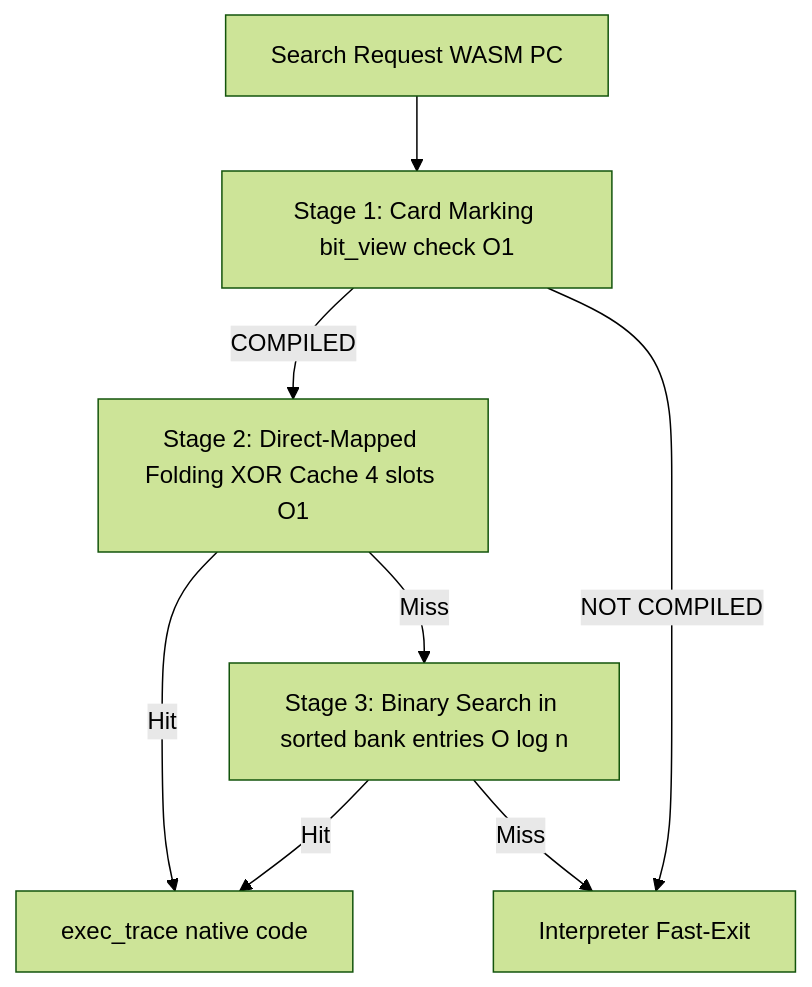
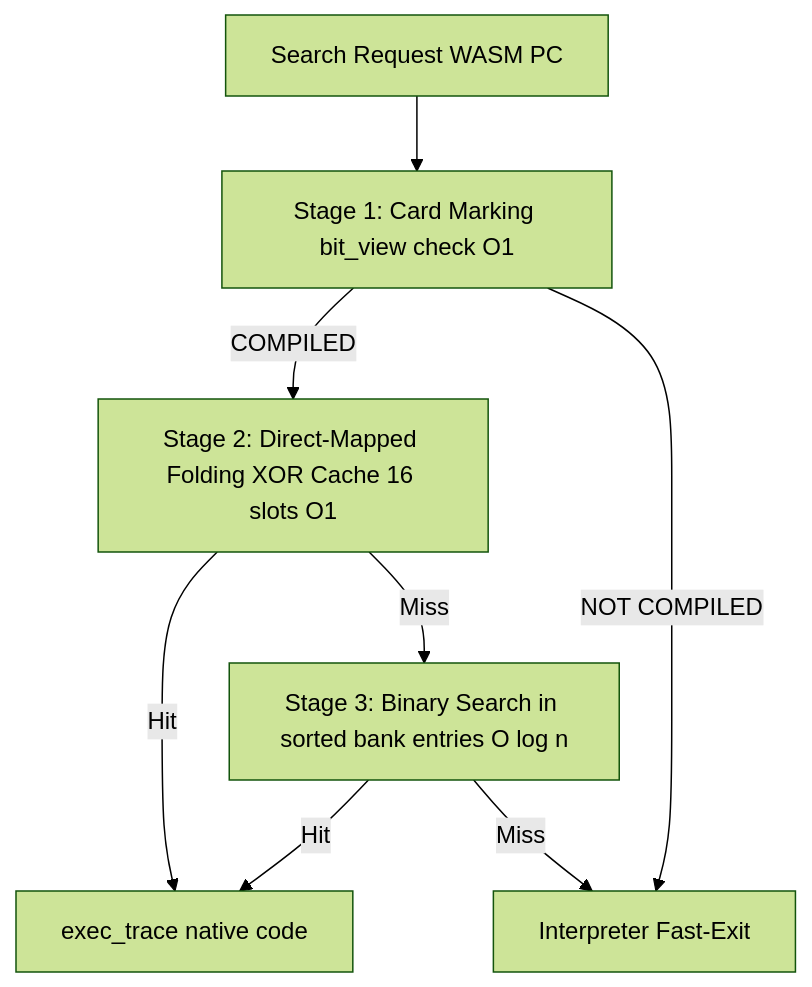
The first of 5 diagrams in docs/components/tier3_jit/jit_runtime.md (kmt-t/fireball), drawn with Mermaid (forest theme) before and after one commit. The commit also changed other lines of this file and 8 other files, not shown here.

````diff
--- a/docs/components/tier3_jit/jit_runtime.md
+++ b/docs/components/tier3_jit/jit_runtime.md
@@ -61,10 +61,10 @@
 ```mermaid
 flowchart TD
     Search[Search Request WASM PC] --> Stage1[Stage 1: Card Marking bit_view check O1]
-    Stage1 -->|COMPILED| Stage2[Stage 2: Direct-Mapped Folding XOR Cache 4 slots O1]
+    Stage1 -->|COMPILED| Stage2[Stage 2: Direct-Mapped Folding XOR Cache 16 slots O1]
     Stage1 -->|NOT COMPILED| Interp[Interpreter Fast-Exit]
     Stage2 -->|Hit| Exec[exec_trace native code]
     Stage2 -->|Miss| Stage3[Stage 3: Binary Search in sorted bank entries O log n]
     Stage3 -->|Hit| Exec
     Stage3 -->|Miss| Interp
 ```
````
